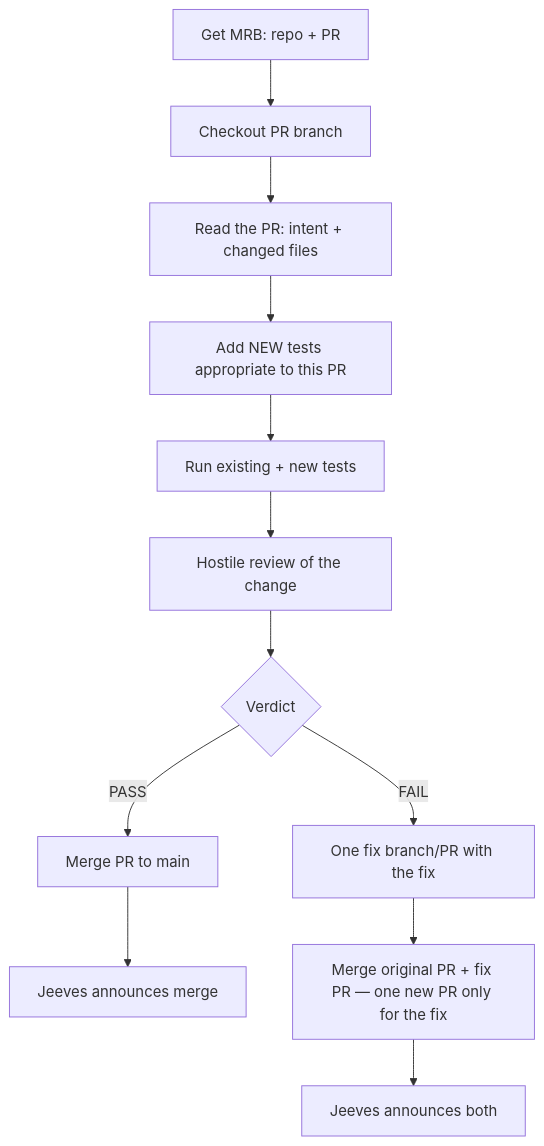
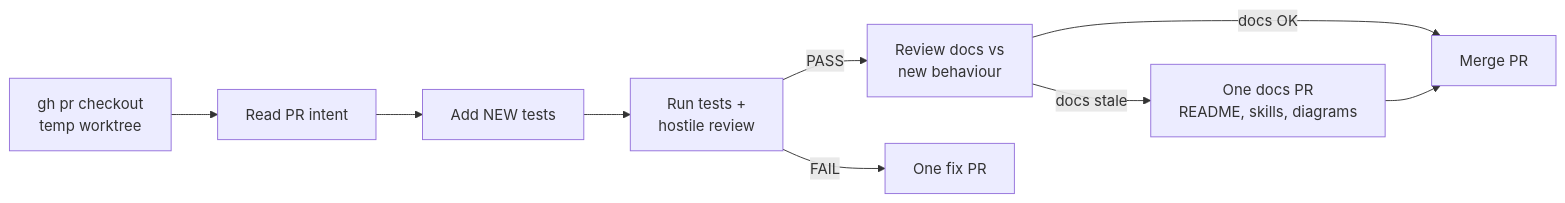
One commit to SimonBarnett/agentic_build changed the diagram in .grok/skills/bob-mrb-worker/SKILL.md. Above: the diagram before and after it, drawn with Mermaid. The commit also changed other lines of this file and 3 other files, not shown here.

Commit message:
Add docs review to canonical MRB instructions

````diff
--- a/.grok/skills/bob-mrb-worker/SKILL.md
+++ b/.grok/skills/bob-mrb-worker/SKILL.md
@@ -35,14 +40,11 @@
 ```mermaid
-flowchart TD
-  A[Get MRB: repo + PR] --> B[Checkout PR branch]
-  B --> C[Read the PR: intent + changed files]
-  C --> D[Add NEW tests appropriate to this PR]
-  D --> E[Run existing + new tests]
-  E --> F[Hostile review of the change]
-  F --> G{Verdict}
-  G -->|PASS| H[Merge PR to main]
-  H --> I[Jeeves announces merge]
-  G -->|FAIL| J[One fix branch/PR with the fix]
-  J --> K[Merge original PR + fix PR — one new PR only for the fix]
-  K --> L[Jeeves announces both]
+flowchart LR
+  A[gh pr checkout<br/>temp worktree] --> B[Read PR intent]
+  B --> C[Add NEW tests]
+  C --> D[Run tests +<br/>hostile review]
+  D -->|PASS| E[Review docs vs<br/>new behaviour]
+  E -->|docs stale| F[One docs PR<br/>README, skills, diagrams]
+  E -->|docs OK| G[Merge PR]
+  F --> G
+  D -->|FAIL| H[One fix PR]
 ```
````
